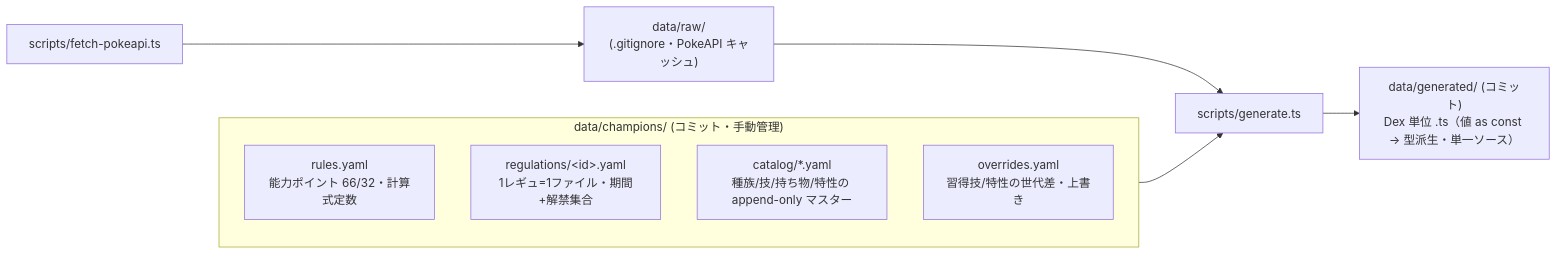
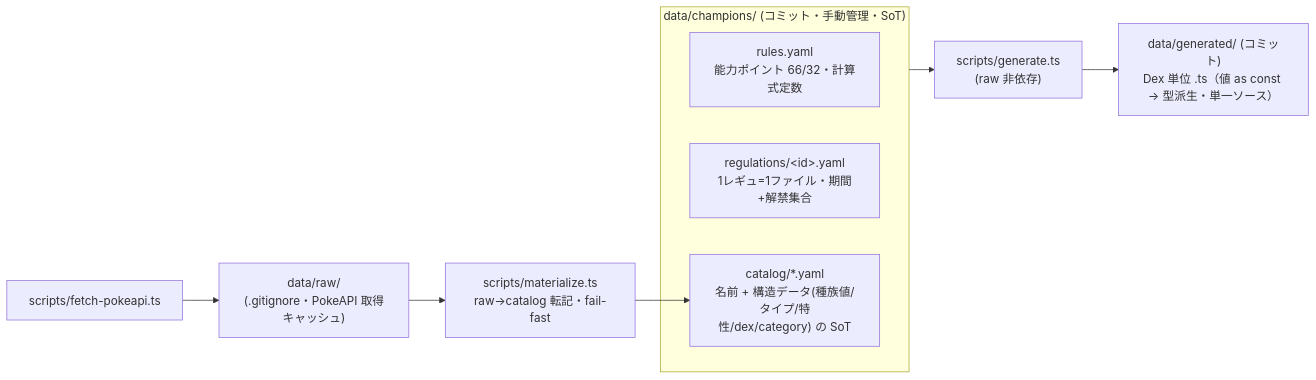
The second of 2 diagrams in docs/plan/01-mvp/architecture.md (subroh0508/pokeform), drawn with Mermaid before and after one commit. The commit also changed other lines of this file and 18 other files, not shown here.

First line of the commit message:
feat(data): 構造データの SoT を catalog YAML へ移し generate を raw 非依存化（Phase 13）

````diff
--- a/docs/plan/01-mvp/architecture.md
+++ b/docs/plan/01-mvp/architecture.md
@@ -220,13 +220,13 @@
 ```mermaid
 flowchart LR
-    F["scripts/fetch-pokeapi.ts"] --> RAW["data/raw/<br/>(.gitignore・PokeAPI キャッシュ)"]
-    subgraph CH["data/champions/ (コミット・手動管理)"]
+    F["scripts/fetch-pokeapi.ts"] --> RAW["data/raw/<br/>(.gitignore・PokeAPI 取得キャッシュ)"]
+    RAW --> M["scripts/materialize.ts<br/>raw→catalog 転記・fail-fast"]
+    subgraph CH["data/champions/ (コミット・手動管理・SoT)"]
         R["rules.yaml<br/>能力ポイント 66/32・計算式定数"]
         REG["regulations/&lt;id&gt;.yaml<br/>1レギュ=1ファイル・期間+解禁集合"]
-        CAT["catalog/*.yaml<br/>種族/技/持ち物/特性の append-only マスター"]
-        OV["overrides.yaml<br/>習得技/特性の世代差・上書き"]
+        CAT["catalog/*.yaml<br/>名前 + 構造データ(種族値/タイプ/特性/dex/category) の SoT"]
     end
-    RAW --> GEN["scripts/generate.ts"]
-    CH --> GEN
+    M --> CAT
+    CH --> GEN["scripts/generate.ts<br/>(raw 非依存)"]
     GEN --> OUT["data/generated/ (コミット)<br/>Dex 単位 .ts（値 as const → 型派生・単一ソース）"]
 ```
````
